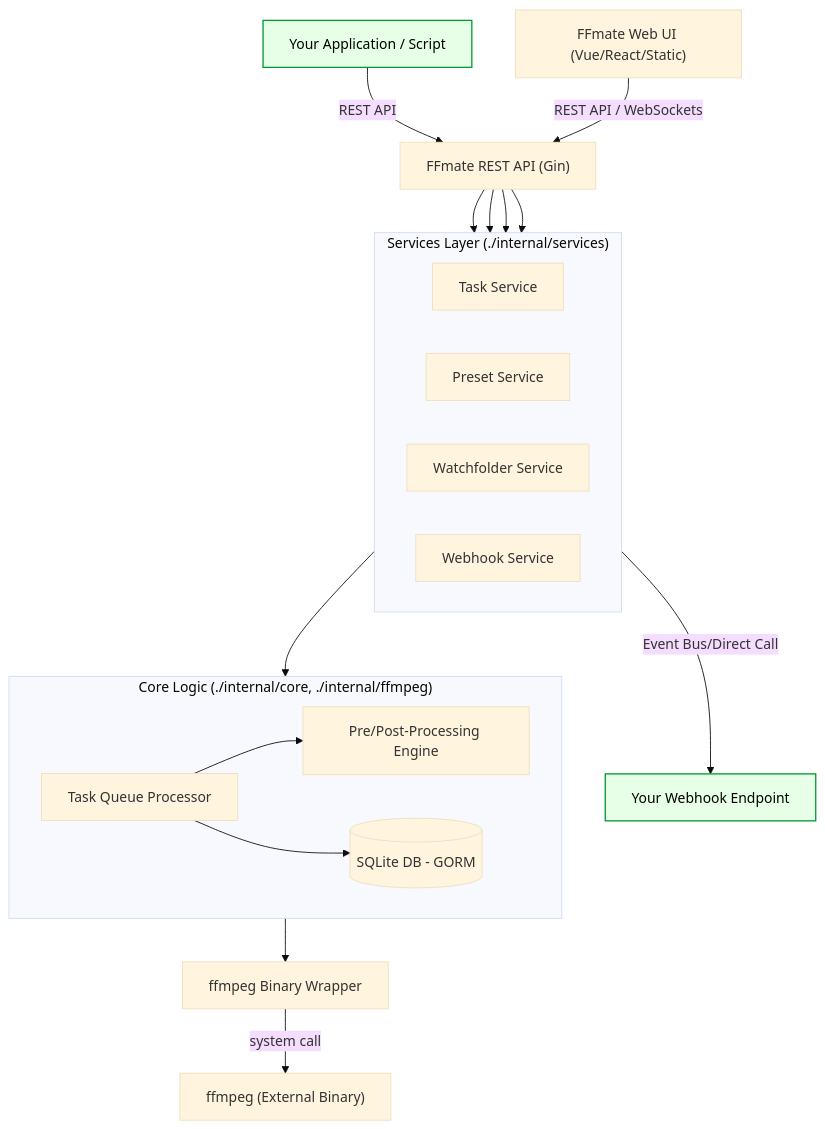
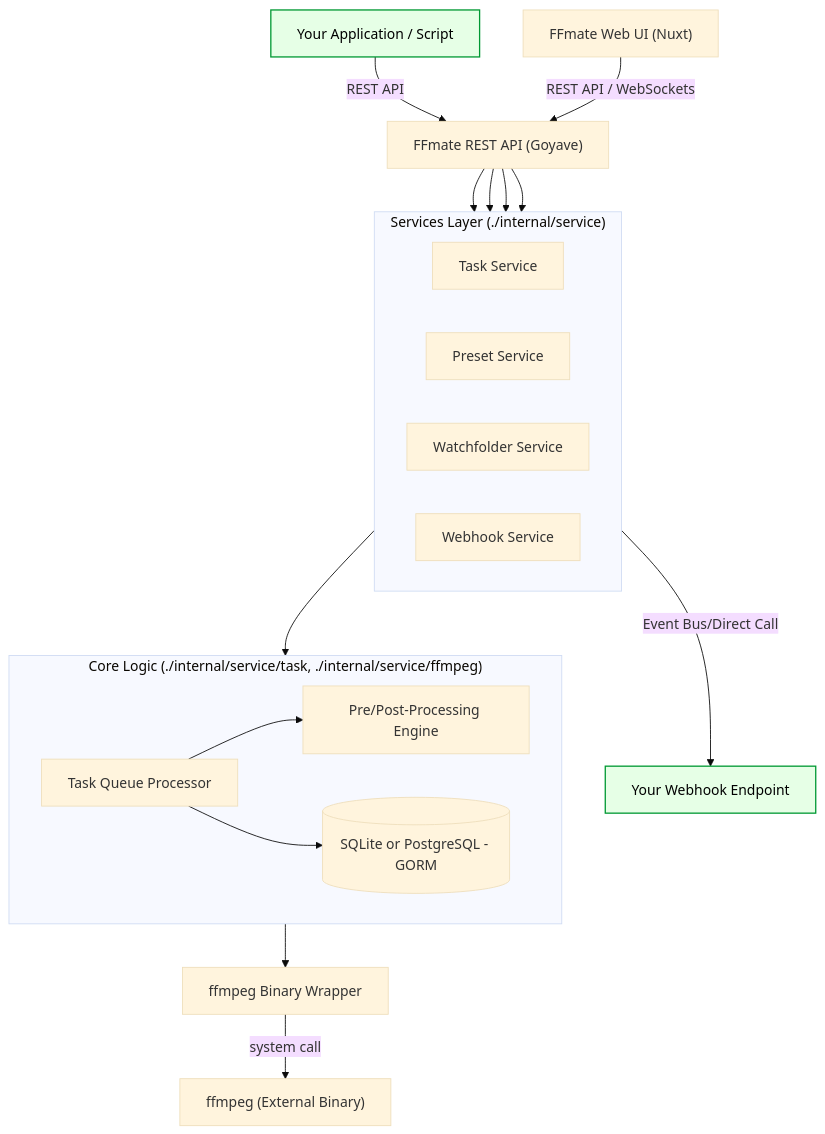
The diagram in README.md (welovemedia/ffmate), drawn with Mermaid (base theme) before and after one commit. The commit also changed other lines of this file, not shown here.

````diff
--- a/README.md
+++ b/README.md
@@ -108,45 +95,45 @@
 ```mermaid
 graph TD
     %% ─── UI & API ─────────────────────────
-    YourApp["Your Application / Script"] -- REST API --> REST_API["FFmate REST API (Gin)"]
-    WebUI["FFmate Web UI (Vue/React/Static)"] -- REST API / WebSockets --> REST_API
+    YourApp["Your Application / Script"] -- REST API --> REST_API["FFmate REST API (Goyave)"]
+    WebUI["FFmate Web UI (Nuxt)"] -- REST API / WebSockets --> REST_API
 
     %% ─── Services (single row) ───────────
-    subgraph FFmate_Services ["Services Layer (./internal/services)"]
+    subgraph FFmate_Services ["Services Layer (./internal/service)"]
         direction LR
         TaskSvc["Task Service"]
         PresetSvc["Preset Service"]
         WatchfolderSvc["Watchfolder Service"]
         WebhookSvc["Webhook Service"]
     end
     REST_API --> TaskSvc
     REST_API --> PresetSvc
     REST_API --> WatchfolderSvc
     REST_API --> WebhookSvc
 
     %% ─── Core & DB side-by-side ───────────
-    subgraph FFmate_Core ["Core Logic (./internal/core, ./internal/ffmpeg)"]
+    subgraph FFmate_Core ["Core Logic (./internal/service/task, ./internal/service/ffmpeg)"]
         direction LR
         Queue["Task Queue Processor"]
         PrePostScripts["Pre/Post-Processing Engine"]
-        DB[(SQLite DB - GORM)]
+        DB[(SQLite or PostgreSQL - GORM)]
     end
     TaskSvc --> Queue
     Queue --> PrePostScripts
     PrePostScripts --> FFMpegBinary["ffmpeg Binary Wrapper"]
     Queue --> DB
     WebhookSvc -- Event Bus/Direct Call --> YourAppWebhook["Your Webhook Endpoint"]
 
     FFMpegBinary -- system call --> ActualFFmpeg["ffmpeg (External Binary)"]
 
 
     %% ─── Styling ───────────
     style YourApp fill:#e6ffe6,stroke:#009933,stroke-width:1.5px,color:#000;
     style YourAppWebhook fill:#e6ffe6,stroke:#009933,stroke-width:1.5px,color:#000;
     classDef ui     fill:#99d6ff,stroke:#2060a0,stroke-width:1.2px,color:#000000;
     classDef api    fill:#b3e0ff,stroke:#2060a0,stroke-width:1.2px,color:#000000;
     classDef svc    fill:#bdb4ff,stroke:#4b44a0,stroke-width:1.2px,color:#000000;
     classDef core   fill:#99ff99,stroke:#2d7a2d,stroke-width:1.2px,color:#000000;
     classDef db     fill:#ffcc80,stroke:#b36b00,stroke-width:1.2px,color:#000000;
     classDef ffbin  fill:#ff99cc,stroke:#b3366b,stroke-width:1.2px,color:#000000;
 ```
````
